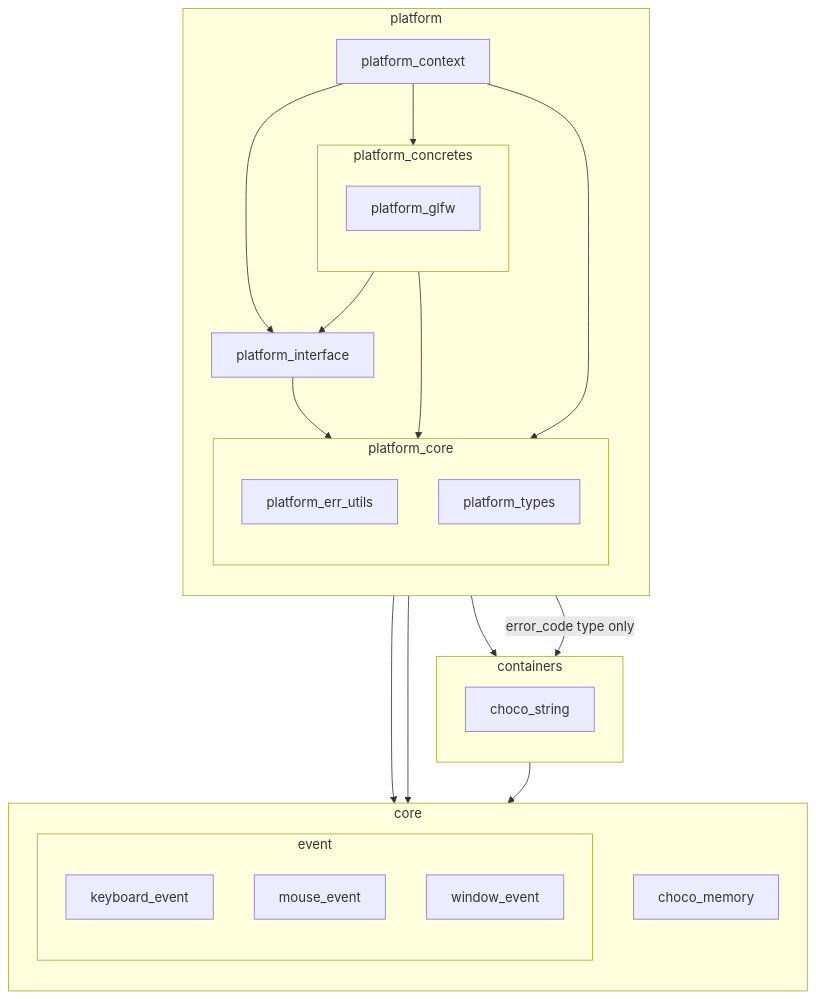
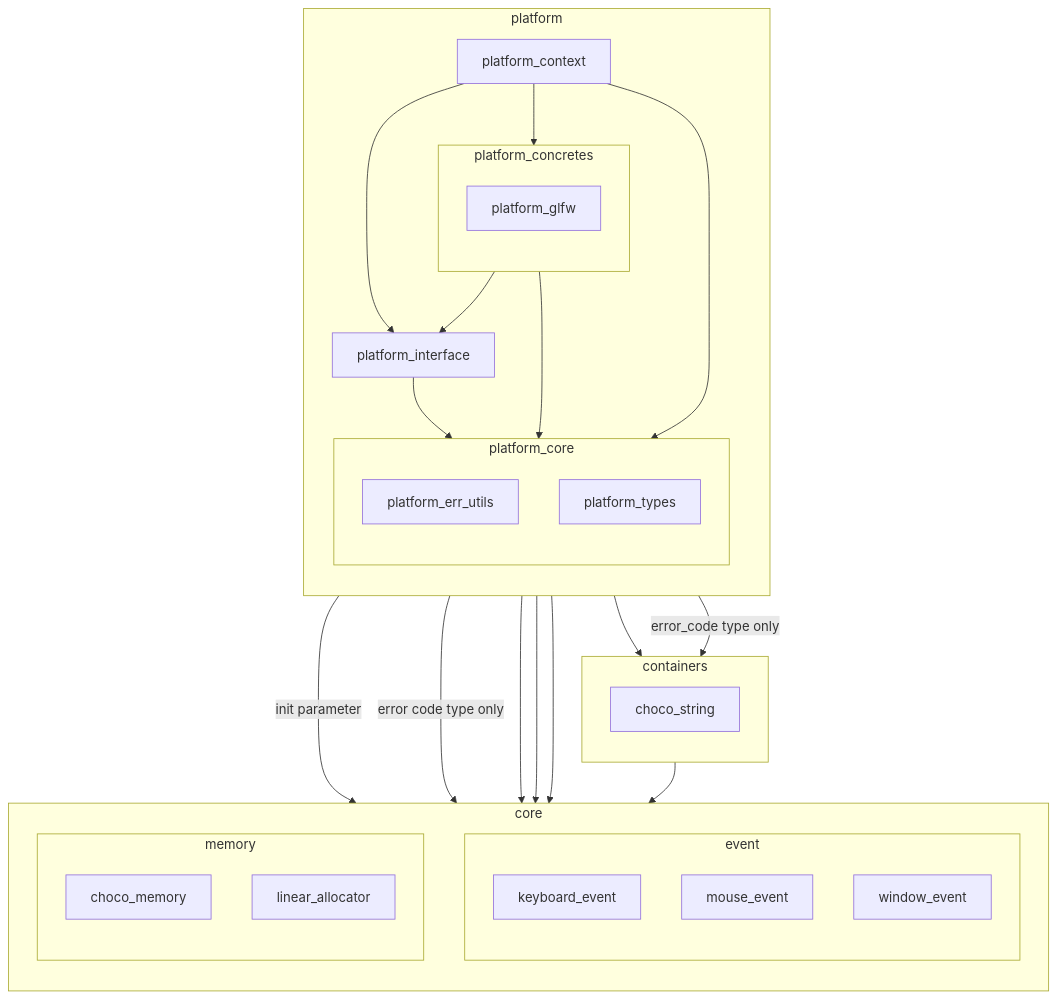
The second of 3 diagrams in docs/layer.md (chocolate-pie24/gl_choco_engine), drawn with Mermaid before and after one commit. The commit also changed other lines of this file, not shown here.

````diff
--- a/docs/layer.md
+++ b/docs/layer.md
@@ -71,53 +72,60 @@
 ```mermaid
 graph TD
   subgraph CORE[core]
     direction TB
     subgraph EVENT[event]
       direction TB
       KEYBOARD_EVENT[keyboard_event]
       MOUSE_EVENT[mouse_event]
       WINDOW_EVENT[window_event]
     end
-    CHOCO_MEMORY[choco_memory]
+    subgraph MEMORY[memory]
+      direction TB
+      CHOCO_MEMORY[choco_memory]
+      LINEAR_ALLOCATOR[linear_allocator]
+    end
   end
 
   subgraph CONTAINERS[containers]
     direction TB
     CHOCO_STRING[choco_string]
   end
 
   subgraph PLATFORM[platform]
     direction TB
 
     PLATFORM_CONTEXT[platform_context]
 
     subgraph PLATFORM_CORE[platform_core]
       direction TB
       PLATFORM_ERR_UTILS[platform_err_utils]
       PLATFORM_TYPES[platform_types]
     end
 
     PLATFORM_INTERFACE[platform_interface]
 
     subgraph PLATFORM_CONCRETES[platform_concretes]
       direction TB
       PLATFORM_GLFW[platform_glfw]
     end
   end
 
   PLATFORM_CONTEXT --> PLATFORM_CORE
   PLATFORM_CONTEXT --> PLATFORM_GLFW
   PLATFORM_CONTEXT --> PLATFORM_INTERFACE
   PLATFORM_CONTEXT --> EVENT
+  PLATFORM_CONTEXT --> |init parameter| LINEAR_ALLOCATOR
 
   PLATFORM_GLFW --> PLATFORM_CORE
   PLATFORM_GLFW --> CHOCO_STRING
   PLATFORM_GLFW --> PLATFORM_INTERFACE
+  PLATFORM_GLFW --> EVENT
 
   PLATFORM_INTERFACE --> PLATFORM_TYPES
   PLATFORM_INTERFACE --> EVENT
 
   PLATFORM_ERR_UTILS -->|error_code type only| CHOCO_STRING
+  PLATFORM_ERR_UTILS -->|error code type only| LINEAR_ALLOCATOR
 
   CHOCO_STRING --> CHOCO_MEMORY
 ```
````
